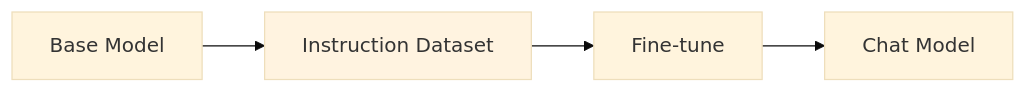
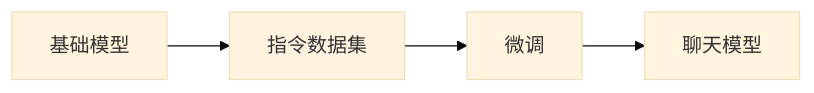
One commit to YiWang24/AiDIY changed the second of 3 diagrams in i18n/zh-Hans/docusaurus-plugin-content-docs/current/ai/llm-fundamentals/07-training-pipeline.mdx. Above: the diagram before and after it, drawn with Mermaid (base theme). The commit also changed other lines of this file and 26 other files, not shown here.

````diff
--- a/i18n/zh-Hans/docusaurus-plugin-content-docs/current/ai/llm-fundamentals/07-training-pipeline.mdx
+++ b/i18n/zh-Hans/docusaurus-plugin-content-docs/current/ai/llm-fundamentals/07-training-pipeline.mdx
@@ -626,8 +626,8 @@
 ```mermaid
 flowchart LR
-    A[Base Model] --> B[Instruction Dataset]
-    B --> C[Fine-tune]
-    C --> D[Chat Model]
+    A[基础模型] --> B[指令数据集]
+    B --> C[微调]
+    C --> D[聊天模型]
 
     style B fill:#fff3e0
 ```
````
